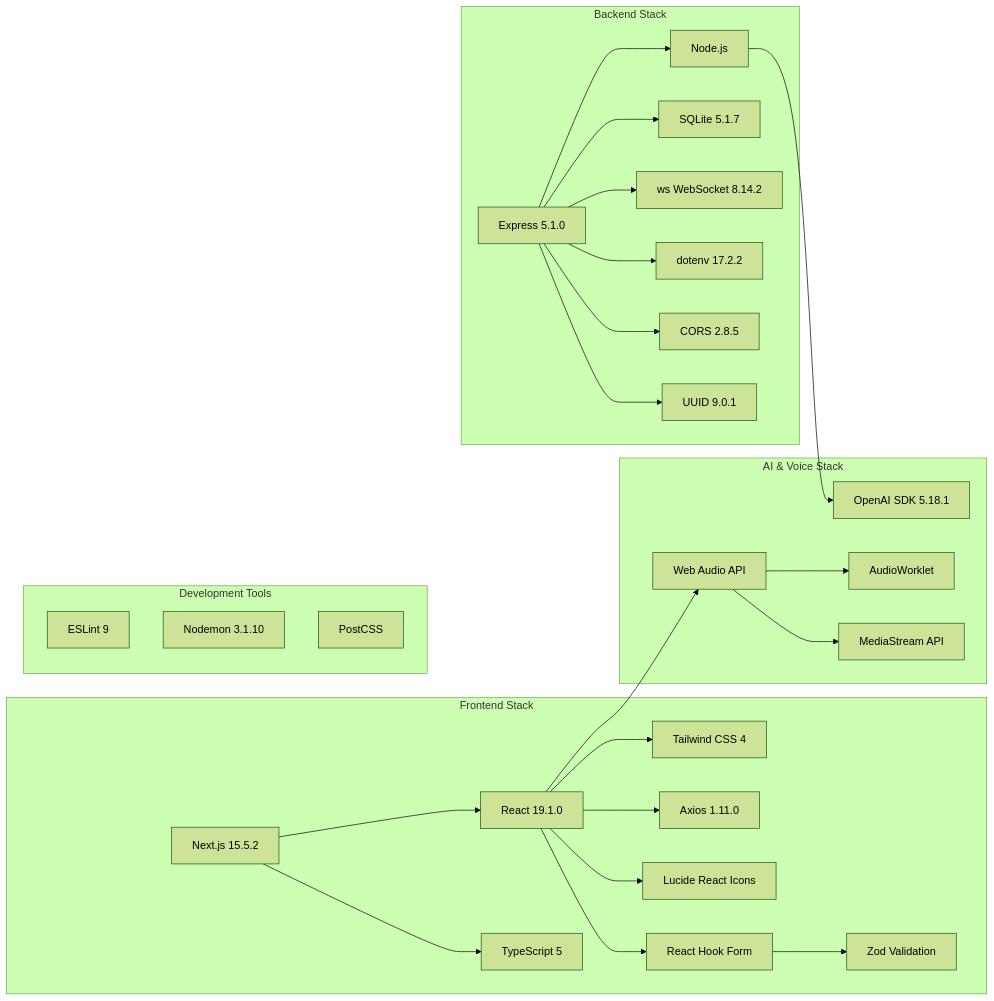
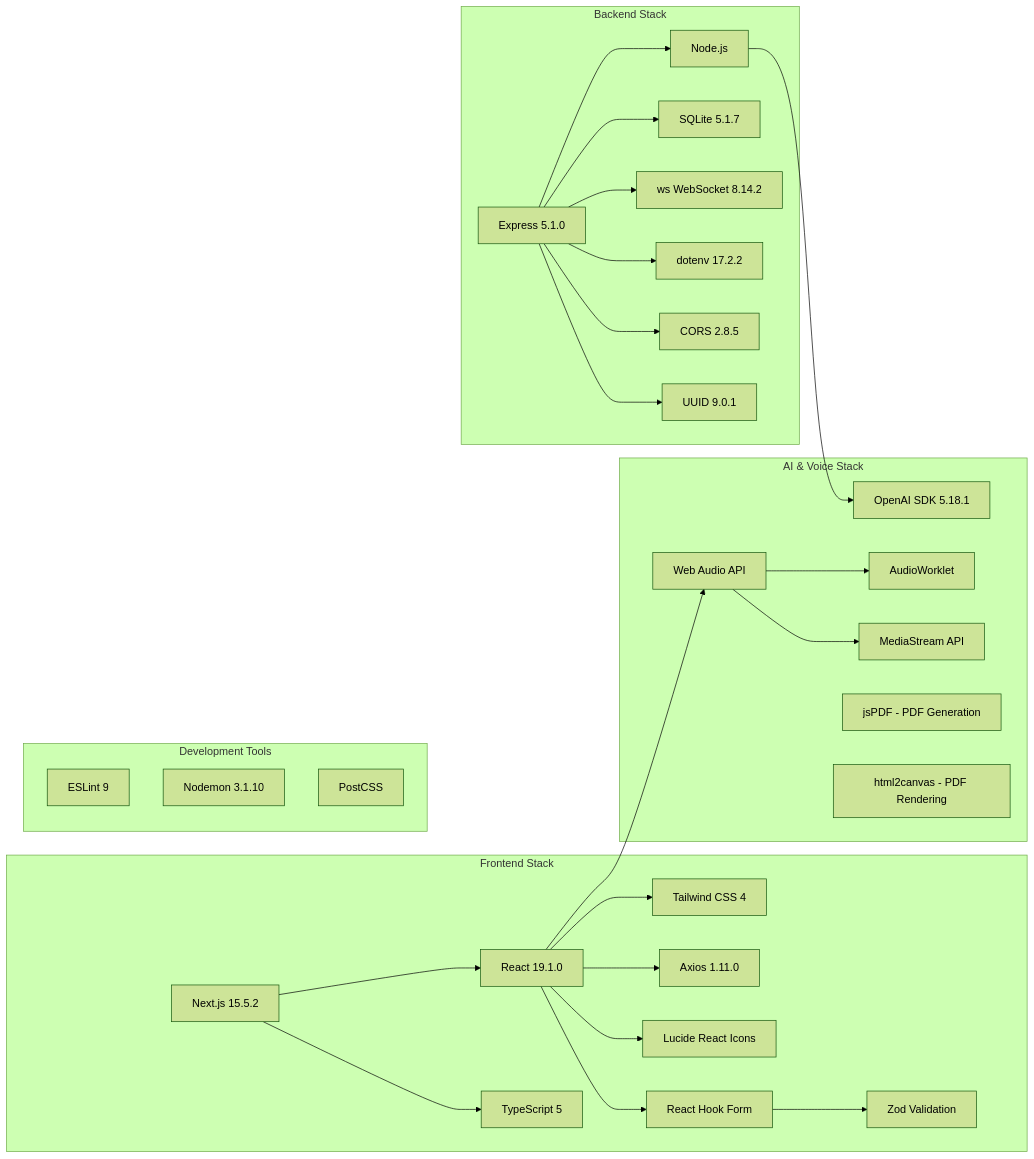
Before and after one commit to EyadAlsadouni/AI-Based-Education: the fifth of 10 diagrams in ARCHITECTURE.md, drawn with Mermaid (forest theme). The commit also changed other lines of this file and 11 other files, not shown here.

````diff
--- a/ARCHITECTURE.md
+++ b/ARCHITECTURE.md
@@ -447,56 +415,58 @@
 ```mermaid
 graph LR
     subgraph "Frontend Stack"
         NextJS[Next.js 15.5.2]
         React[React 19.1.0]
         TypeScript[TypeScript 5]
         Tailwind[Tailwind CSS 4]
         Axios[Axios 1.11.0]
         Lucide[Lucide React Icons]
         ReactHookForm[React Hook Form]
         Zod[Zod Validation]
     end
     
     subgraph "Backend Stack"
         NodeJS[Node.js]
         Express[Express 5.1.0]
         SQLite[SQLite 5.1.7]
         WS[ws WebSocket 8.14.2]
         Dotenv[dotenv 17.2.2]
         CORS[CORS 2.8.5]
         UUID[UUID 9.0.1]
     end
     
     subgraph "AI & Voice Stack"
         OpenAISDK[OpenAI SDK 5.18.1]
         WebAudio[Web Audio API]
         AudioWorkletNode[AudioWorklet]
         MediaStream[MediaStream API]
+        jsPDF[jsPDF - PDF Generation]
+        html2canvas[html2canvas - PDF Rendering]
     end
     
     subgraph "Development Tools"
         ESLint[ESLint 9]
         Nodemon[Nodemon 3.1.10]
         PostCSS[PostCSS]
     end
     
     NextJS --> React
     NextJS --> TypeScript
     React --> Tailwind
     React --> Axios
     React --> Lucide
     React --> ReactHookForm
     ReactHookForm --> Zod
     
     Express --> NodeJS
     Express --> SQLite
     Express --> WS
     Express --> CORS
     Express --> Dotenv
     Express --> UUID
     
     NodeJS --> OpenAISDK
     React --> WebAudio
     WebAudio --> AudioWorkletNode
     WebAudio --> MediaStream
 ```
````
